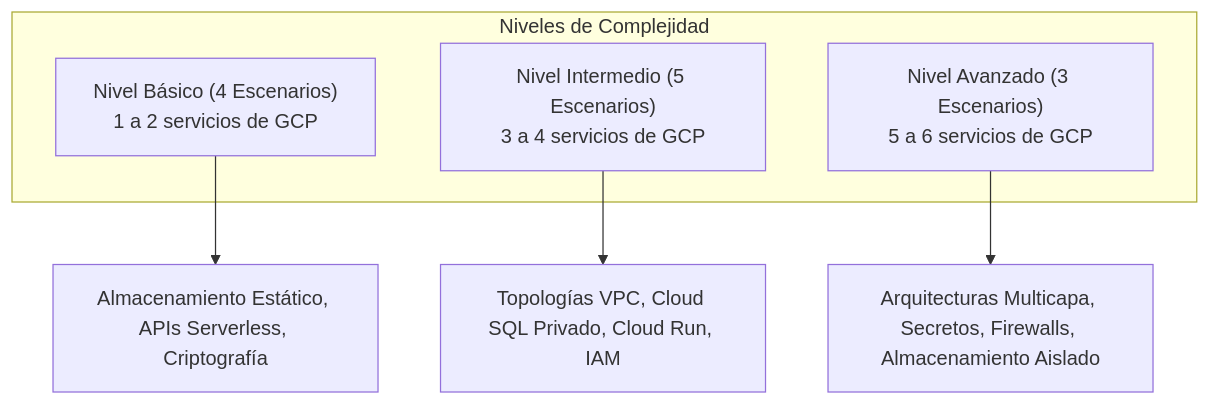
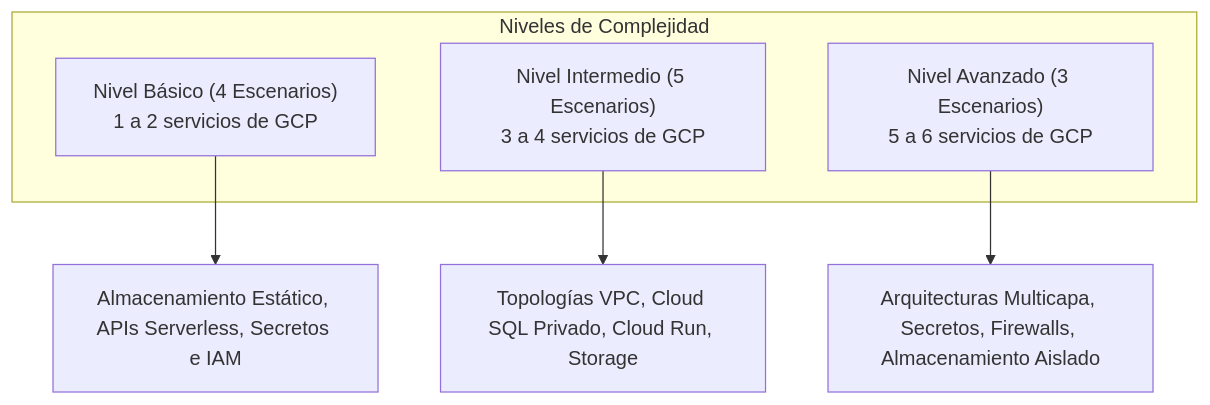
The first of 4 diagrams in docs/informe.md (pieroMejiaR/LLM-IAC-GCP), drawn with Mermaid before and after one commit. The commit also changed other lines of this file and 17 other files, not shown here.

````diff
--- a/docs/informe.md
+++ b/docs/informe.md
@@ -157,11 +157,11 @@
 ```mermaid
 graph TD
     subgraph Niveles de Complejidad
         A["Nivel Básico (4 Escenarios)<br>1 a 2 servicios de GCP"]
         B["Nivel Intermedio (5 Escenarios)<br>3 a 4 servicios de GCP"]
         C["Nivel Avanzado (3 Escenarios)<br>5 a 6 servicios de GCP"]
     end
-    A --> D["Almacenamiento Estático, APIs Serverless, Criptografía"]
-    B --> E["Topologías VPC, Cloud SQL Privado, Cloud Run, IAM"]
+    A --> D["Almacenamiento Estático, APIs Serverless, Secretos e IAM"]
+    B --> E["Topologías VPC, Cloud SQL Privado, Cloud Run, Storage"]
     C --> F["Arquitecturas Multicapa, Secretos, Firewalls, Almacenamiento Aislado"]
 ```
````
